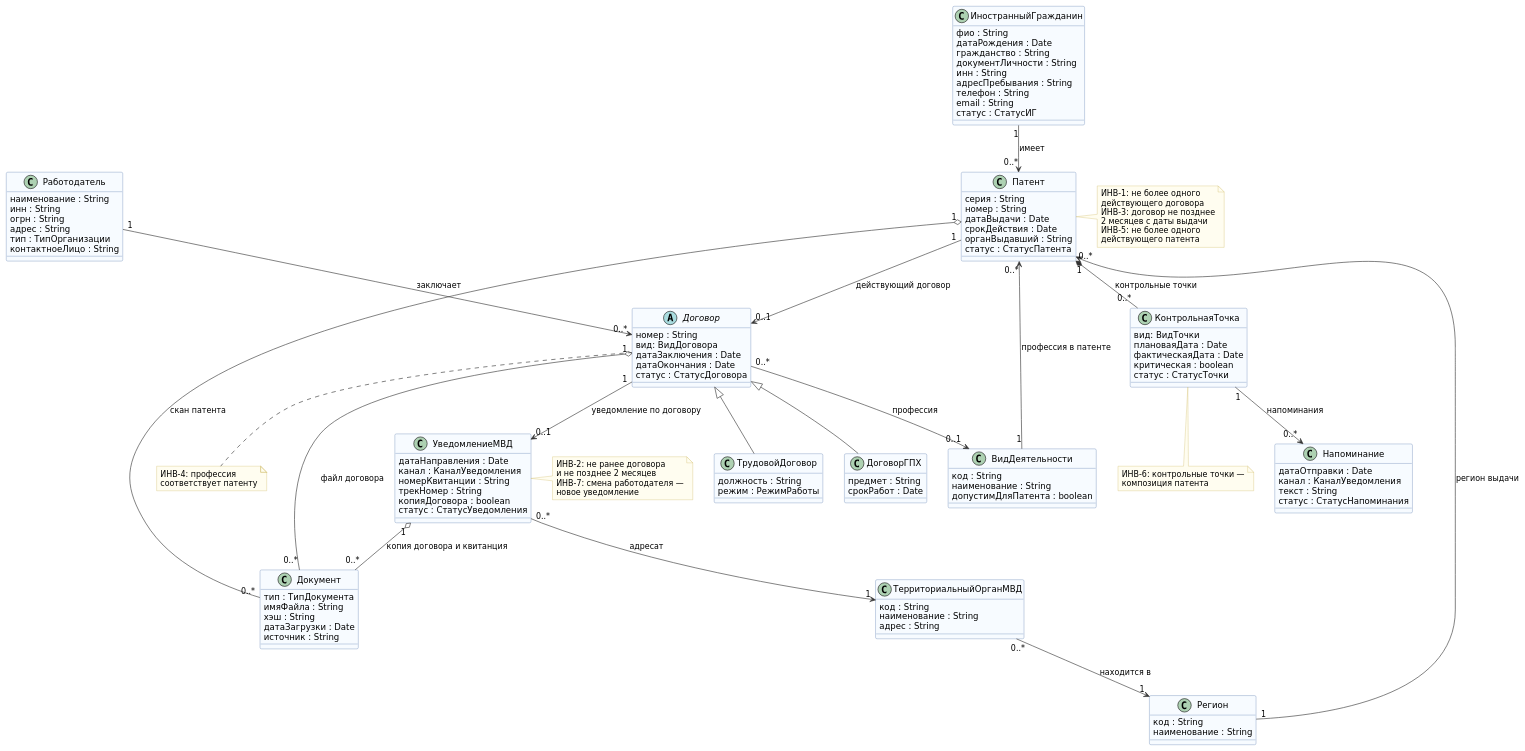
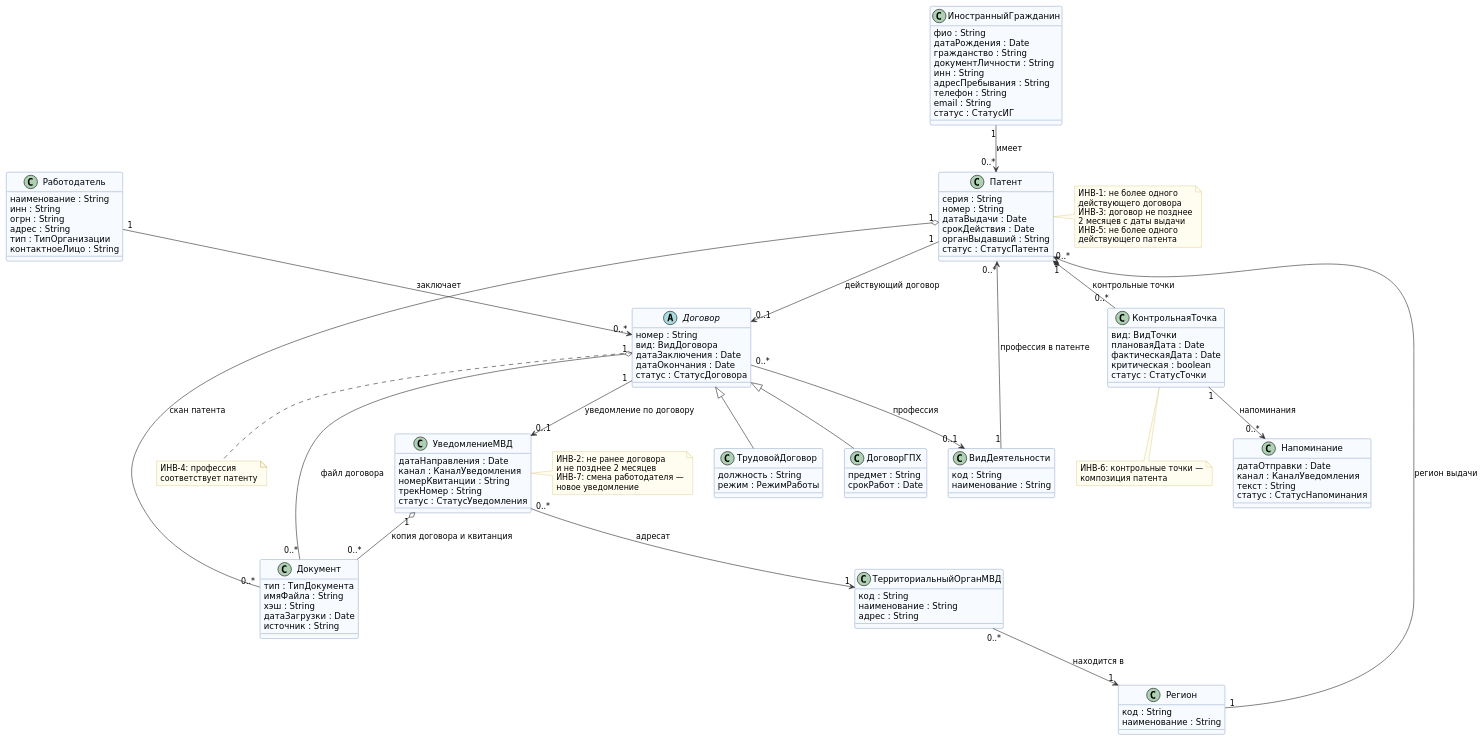
Before and after one commit to mflkee/fms-course: the diagram in lab2-domain-model/class-diagram.puml, drawn with PlantUML. The commit also changed 41 other files, not shown here.

Commit message:
ФМС: канон отправки и просрочки, 78 тестов, кардинальности без 1..*, читаемая диаграмма прецедентов

```diff
--- a/lab2-domain-model/class-diagram.puml
+++ b/lab2-domain-model/class-diagram.puml
@@ -1,167 +1,165 @@
 @startuml class-diagram
 ' Диаграмма классов предметной области: «Действия после получения патента» (тема 7 дорожной карты)
 ' Состав и кратности — по DESIGN.md, раздел 5.
 ' Рендер: plantuml -tpng class-diagram.puml
 ' Проверка: plantuml -checkonly class-diagram.puml
 
 skinparam shadowing false
 skinparam defaultFontName "DejaVu Sans"
 skinparam classAttributeIconSize 0
 skinparam class {
   BackgroundColor #F7FBFF
   BorderColor #4A6FA5
   ArrowColor #333333
 }
 skinparam note {
   BackgroundColor #FFFDF0
   BorderColor #C9B458
 }
 
 ' --- участники и патент ---
 class ИностранныйГражданин {
   фио : String
   датаРождения : Date
   гражданство : String
   документЛичности : String
   инн : String
   адресПребывания : String
   телефон : String
   email : String
   статус : СтатусИГ
 }
 
 class Патент {
   серия : String
   номер : String
   датаВыдачи : Date
   срокДействия : Date
   органВыдавший : String
   статус : СтатусПатента
 }
 
 class Регион {
   код : String
   наименование : String
 }
 
 class ВидДеятельности {
   код : String
   наименование : String
-  допустимДляПатента : boolean
 }
 
 class Работодатель {
   наименование : String
   инн : String
   огрн : String
   адрес : String
   тип : ТипОрганизации
   контактноеЛицо : String
 }
 
 ' --- договоры ---
 abstract class Договор {
   номер : String
   вид: ВидДоговора
   датаЗаключения : Date
   датаОкончания : Date
   статус : СтатусДоговора
 }
 class ТрудовойДоговор {
   должность : String
   режим : РежимРаботы
 }
 class ДоговорГПХ {
   предмет : String
   срокРабот : Date
 }
 Договор <|-- ТрудовойДоговор
 Договор <|-- ДоговорГПХ
 
 class УведомлениеМВД {
   датаНаправления : Date
   канал : КаналУведомления
   номерКвитанции : String
   трекНомер : String
-  копияДоговора : boolean
   статус : СтатусУведомления
 }
 
 class ТерриториальныйОрганМВД {
   код : String
   наименование : String
   адрес : String
 }
 
 ' --- сроки ---
 class КонтрольнаяТочка {
   вид: ВидТочки
   плановаяДата : Date
   фактическаяДата : Date
   критическая : boolean
   статус : СтатусТочки
 }
 
 class Напоминание {
   датаОтправки : Date
   канал : КаналУведомления
   текст : String
   статус : СтатусНапоминания
 }
 
 ' --- документы ---
 class Документ {
   тип : ТипДокумента
   имяФайла : String
   хэш : String
   датаЗагрузки : Date
   источник : String
 }
 
 ' --- связи (кратности — окончательные, DESIGN.md §5) ---
 ИностранныйГражданин "1" --> "0..*" Патент : имеет
 Регион "1" --> "0..*" Патент : регион выдачи
 ВидДеятельности "1" --> "0..*" Патент : профессия в патенте
 
 Патент "1" --> "0..1" Договор : действующий договор
 Работодатель "1" --> "0..*" Договор : заключает
 Договор "0..*" --> "0..1" ВидДеятельности : профессия
 
 Договор "1" --> "0..1" УведомлениеМВД : уведомление по договору
 УведомлениеМВД "0..*" --> "1" ТерриториальныйОрганМВД : адресат
 ТерриториальныйОрганМВД "0..*" --> "1" Регион : находится в
 
 Патент "1" *-- "0..*" КонтрольнаяТочка : контрольные точки
 КонтрольнаяТочка "1" --> "0..*" Напоминание : напоминания
 
 Патент "1" o-- "0..*" Документ : скан патента
 Договор "1" o-- "0..*" Документ : файл договора
 УведомлениеМВД "1" o-- "0..*" Документ : копия договора и квитанция
 
 note right of Патент
   ИНВ-1: не более одного
   действующего договора
   ИНВ-3: договор не позднее
   2 месяцев с даты выдачи
   ИНВ-5: не более одного
   действующего патента
 end note
 
 note bottom of Договор
   ИНВ-4: профессия
   соответствует патенту
 end note
 
 note right of УведомлениеМВД
   ИНВ-2: не ранее договора
   и не позднее 2 месяцев
   ИНВ-7: смена работодателя —
   новое уведомление
 end note
 
 note bottom of КонтрольнаяТочка
   ИНВ-6: контрольные точки —
   композиция патента
 end note
 
 @enduml
```
